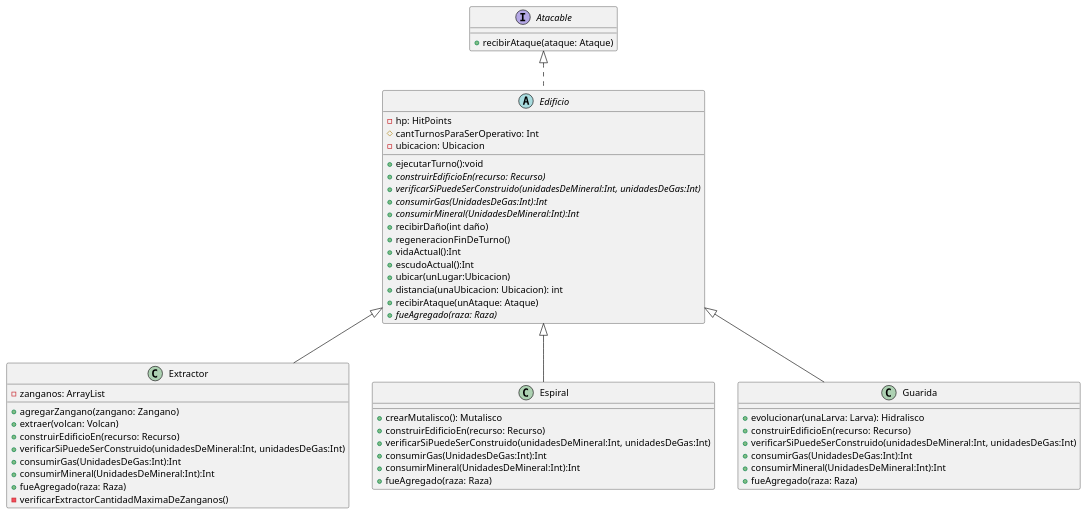
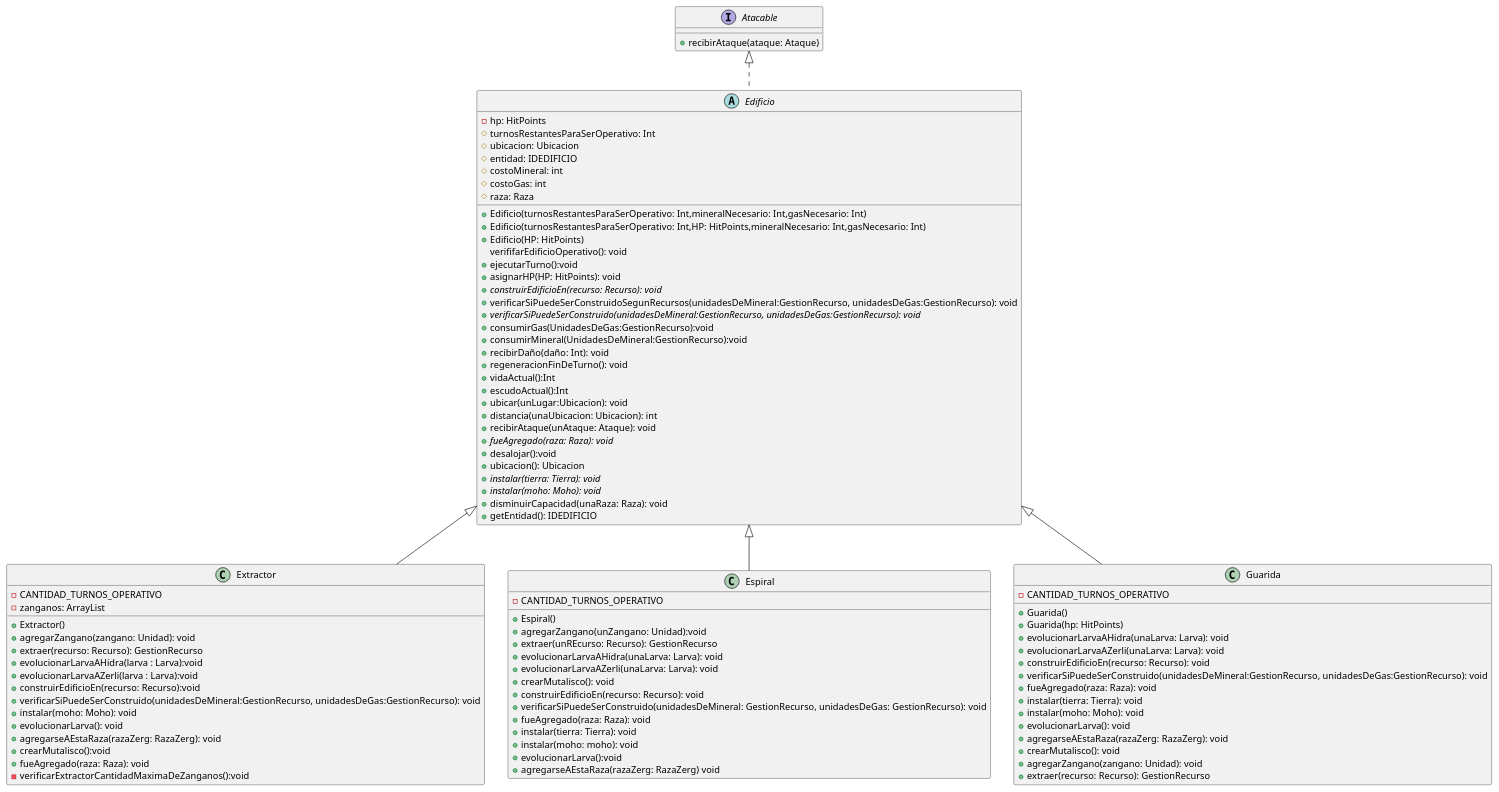
One commit to nicolasgirardi/algo3_TP2_AlgoStar changed the diagram in diagrams/classes/EdificiosZerg2.puml. Above: the diagram before and after it, drawn with PlantUML. The commit also changed 1 other file, not shown here.

```diff
--- a/diagrams/classes/EdificiosZerg2.puml
+++ b/diagrams/classes/EdificiosZerg2.puml
@@ -1,65 +1,106 @@
 @startuml
 'https://plantuml.com/class-diagram
 
 abstract class Edificio {
     -hp: HitPoints
-    #cantTurnosParaSerOperativo: Int
-    -ubicacion: Ubicacion
+    #turnosRestantesParaSerOperativo: Int
+    #ubicacion: Ubicacion
+    #entidad: IDEDIFICIO
+    #costoMineral: int
+    #costoGas: int
+    #raza: Raza
+
+    +Edificio(turnosRestantesParaSerOperativo: Int,mineralNecesario: Int,gasNecesario: Int)
+    +Edificio(turnosRestantesParaSerOperativo: Int,HP: HitPoints,mineralNecesario: Int,gasNecesario: Int)
+    +Edificio(HP: HitPoints)
+    verififarEdificioOperativo(): void
     +ejecutarTurno():void
-    + {abstract} construirEdificioEn(recurso: Recurso)
-    + {abstract} verificarSiPuedeSerConstruido(unidadesDeMineral:Int, unidadesDeGas:Int)
-    + {abstract} consumirGas(UnidadesDeGas:Int):Int
-    + {abstract} consumirMineral(UnidadesDeMineral:Int):Int
-    +recibirDaño(int daño)
-    +regeneracionFinDeTurno()
+    +asignarHP(HP: HitPoints): void
+    + {abstract} construirEdificioEn(recurso: Recurso): void
+    + verificarSiPuedeSerConstruidoSegunRecursos(unidadesDeMineral:GestionRecurso, unidadesDeGas:GestionRecurso): void
+    + {abstract} verificarSiPuedeSerConstruido(unidadesDeMineral:GestionRecurso, unidadesDeGas:GestionRecurso): void
+    +consumirGas(UnidadesDeGas:GestionRecurso):void
+    +consumirMineral(UnidadesDeMineral:GestionRecurso):void
+    +recibirDaño(daño: Int): void
+    +regeneracionFinDeTurno(): void
     +vidaActual():Int
     +escudoActual():Int
-    + ubicar(unLugar:Ubicacion)
+    + ubicar(unLugar:Ubicacion): void
     + distancia(unaUbicacion: Ubicacion): int
-    +recibirAtaque(unAtaque: Ataque)
-    + {abstract} fueAgregado(raza: Raza)
+    +recibirAtaque(unAtaque: Ataque): void
+    + {abstract} fueAgregado(raza: Raza): void
+    +desalojar():void
+    +ubicacion(): Ubicacion
+    +{abstract} instalar(tierra: Tierra): void
+    +{abstract} instalar(moho: Moho): void
+    +disminuirCapacidad(unaRaza: Raza): void
+    +getEntidad(): IDEDIFICIO
 }
 
 class Extractor{
-
+    -CANTIDAD_TURNOS_OPERATIVO
     -zanganos: ArrayList
 
-    +agregarZangano(zangano: Zangano)
-    +extraer(volcan: Volcan)
-    +construirEdificioEn(recurso: Recurso)
-    +verificarSiPuedeSerConstruido(unidadesDeMineral:Int, unidadesDeGas:Int)
-    + consumirGas(UnidadesDeGas:Int):Int
-    + consumirMineral(UnidadesDeMineral:Int):Int
-    + fueAgregado(raza: Raza)
-    -verificarExtractorCantidadMaximaDeZanganos()
+    +Extractor()
+    +agregarZangano(zangano: Unidad): void
+    +extraer(recurso: Recurso): GestionRecurso
+    +evolucionarLarvaAHidra(larva : Larva):void
+    +evolucionarLarvaAZerli(larva : Larva):void
+    +construirEdificioEn(recurso: Recurso):void
+    +verificarSiPuedeSerConstruido(unidadesDeMineral:GestionRecurso, unidadesDeGas:GestionRecurso): void
+    +instalar(moho: Moho): void
+    +evolucionarLarva(): void
+    +agregarseAEstaRaza(razaZerg: RazaZerg): void
+    +crearMutalisco():void
+    + fueAgregado(raza: Raza): void
+    -verificarExtractorCantidadMaximaDeZanganos():void
 }
 
 class Espiral{
-
-    +crearMutalisco(): Mutalisco
-    +construirEdificioEn(recurso: Recurso)
-    +verificarSiPuedeSerConstruido(unidadesDeMineral:Int, unidadesDeGas:Int)
-    + consumirGas(UnidadesDeGas:Int):Int
-    + consumirMineral(UnidadesDeMineral:Int):Int
-    + fueAgregado(raza: Raza)
+    -CANTIDAD_TURNOS_OPERATIVO
+    +Espiral()
+    +agregarZangano(unZangano: Unidad):void
+    +extraer(unREcurso: Recurso): GestionRecurso
+    +evolucionarLarvaAHidra(unaLarva: Larva): void
+    +evolucionarLarvaAZerli(unaLarva: Larva): void
+    +crearMutalisco(): void
+    +construirEdificioEn(recurso: Recurso): void
+    +verificarSiPuedeSerConstruido(unidadesDeMineral: GestionRecurso, unidadesDeGas: GestionRecurso): void
+    +fueAgregado(raza: Raza): void
+    +instalar(tierra: Tierra): void
+    +instalar(moho: moho): void
+    +evolucionarLarva():void
+    +agregarseAEstaRaza(razaZerg: RazaZerg) void
 }
 
 class Guarida{
+    -CANTIDAD_TURNOS_OPERATIVO
 
-    +evolucionar(unaLarva: Larva): Hidralisco
-    +construirEdificioEn(recurso: Recurso)
-    +verificarSiPuedeSerConstruido(unidadesDeMineral:Int, unidadesDeGas:Int)
-    + consumirGas(UnidadesDeGas:Int):Int
-    + consumirMineral(UnidadesDeMineral:Int):Int
-    + fueAgregado(raza: Raza)
+    +Guarida()
+    +Guarida(hp: HitPoints)
+    +evolucionarLarvaAHidra(unaLarva: Larva): void
+    +evolucionarLarvaAZerli(unaLarva: Larva): void
+    +construirEdificioEn(recurso: Recurso): void
+    +verificarSiPuedeSerConstruido(unidadesDeMineral:GestionRecurso, unidadesDeGas:GestionRecurso): void
+    +fueAgregado(raza: Raza): void
+    +instalar(tierra: Tierra): void
+    +instalar(moho: Moho): void
+    +evolucionarLarva(): void
+    +agregarseAEstaRaza(razaZerg: RazaZerg): void
+    +crearMutalisco(): void
+    +agregarZangano(zangano: Unidad): void
+    +extraer(recurso: Recurso): GestionRecurso
+
+
+
 }
 interface Atacable {
     +recibirAtaque(ataque: Ataque)
 }
 
 Edificio <|-- Extractor
 Edificio <|-- Espiral
 Edificio <|-- Guarida
 Atacable <|.. Edificio
 
 @enduml
```
